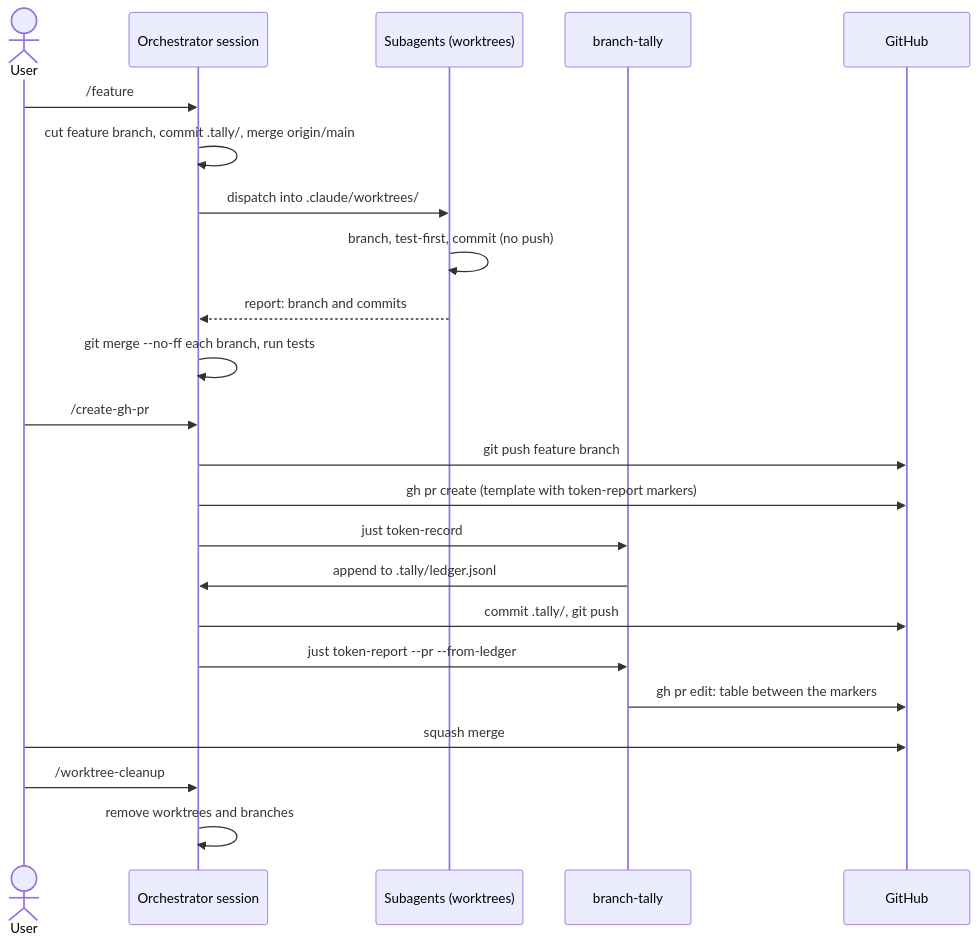
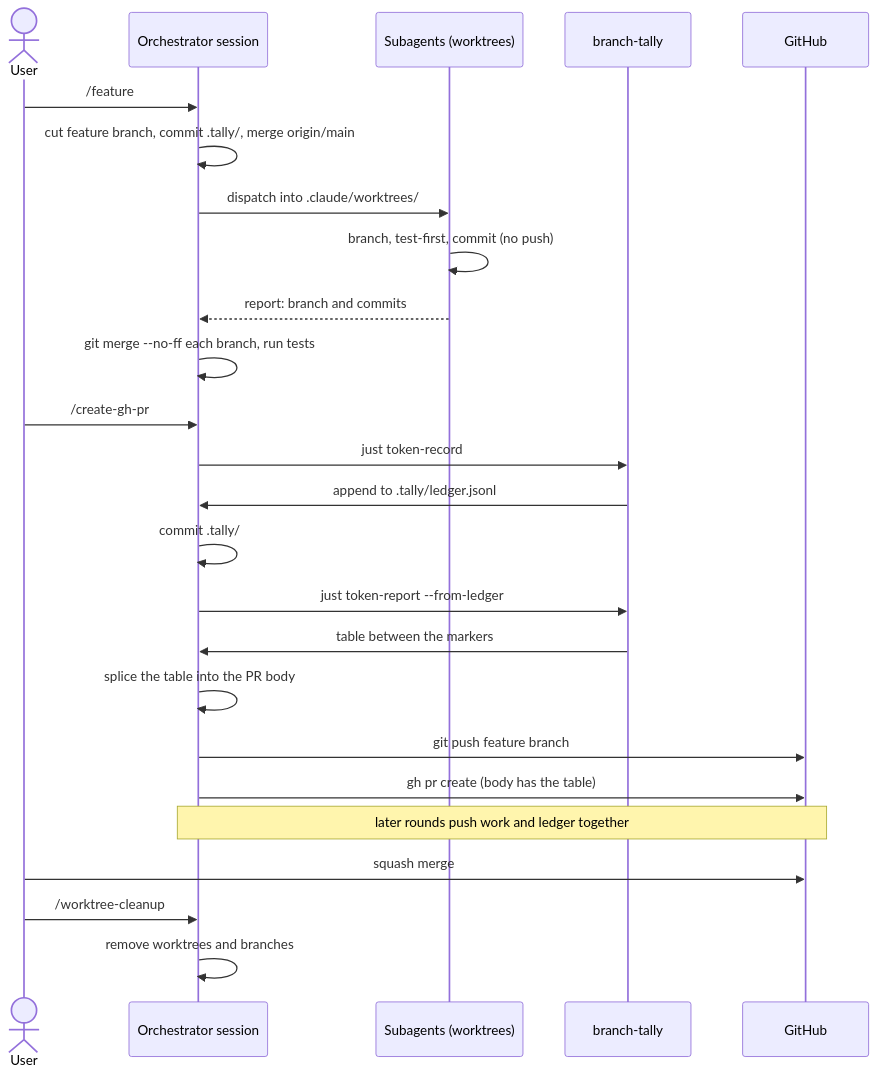
Before and after one commit to IAmSkweetis/branch-tally: the third of 3 diagrams in docs/manual/src/workflows/this-repository.md, drawn with Mermaid. The commit also changed other lines of this file and 1 other file, not shown here.

First line of the commit message:
docs: describe recording token usage before the first push

````diff
--- a/docs/manual/src/workflows/this-repository.md
+++ b/docs/manual/src/workflows/this-repository.md
@@ -199,26 +251,28 @@
 ```mermaid
 sequenceDiagram
     actor User
     participant O as Orchestrator session
     participant A as Subagents (worktrees)
     participant BT as branch-tally
     participant GH as GitHub
 
     User->>O: /feature
     O->>O: cut feature branch, commit .tally/, merge origin/main
     O->>A: dispatch into .claude/worktrees/
     A->>A: branch, test-first, commit (no push)
     A-->>O: report: branch and commits
     O->>O: git merge --no-ff each branch, run tests
     User->>O: /create-gh-pr
-    O->>GH: git push feature branch
-    O->>GH: gh pr create (template with token-report markers)
     O->>BT: just token-record
     BT->>O: append to .tally/ledger.jsonl
-    O->>GH: commit .tally/, git push
-    O->>BT: just token-report --pr --from-ledger
-    BT->>GH: gh pr edit: table between the markers
+    O->>O: commit .tally/
+    O->>BT: just token-report --from-ledger
+    BT->>O: table between the markers
+    O->>O: splice the table into the PR body
+    O->>GH: git push feature branch
+    O->>GH: gh pr create (body has the table)
+    Note over O,GH: later rounds push work and ledger together
     User->>GH: squash merge
     User->>O: /worktree-cleanup
     O->>O: remove worktrees and branches
 ```
````
